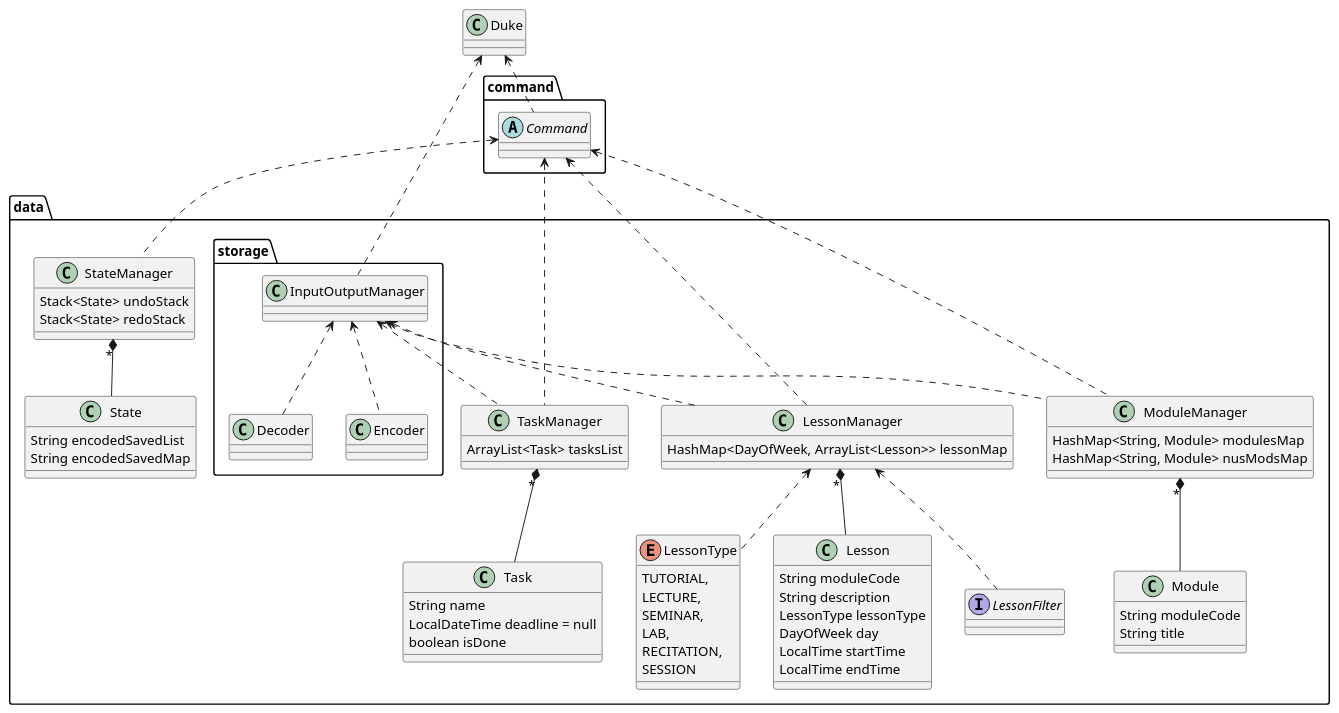
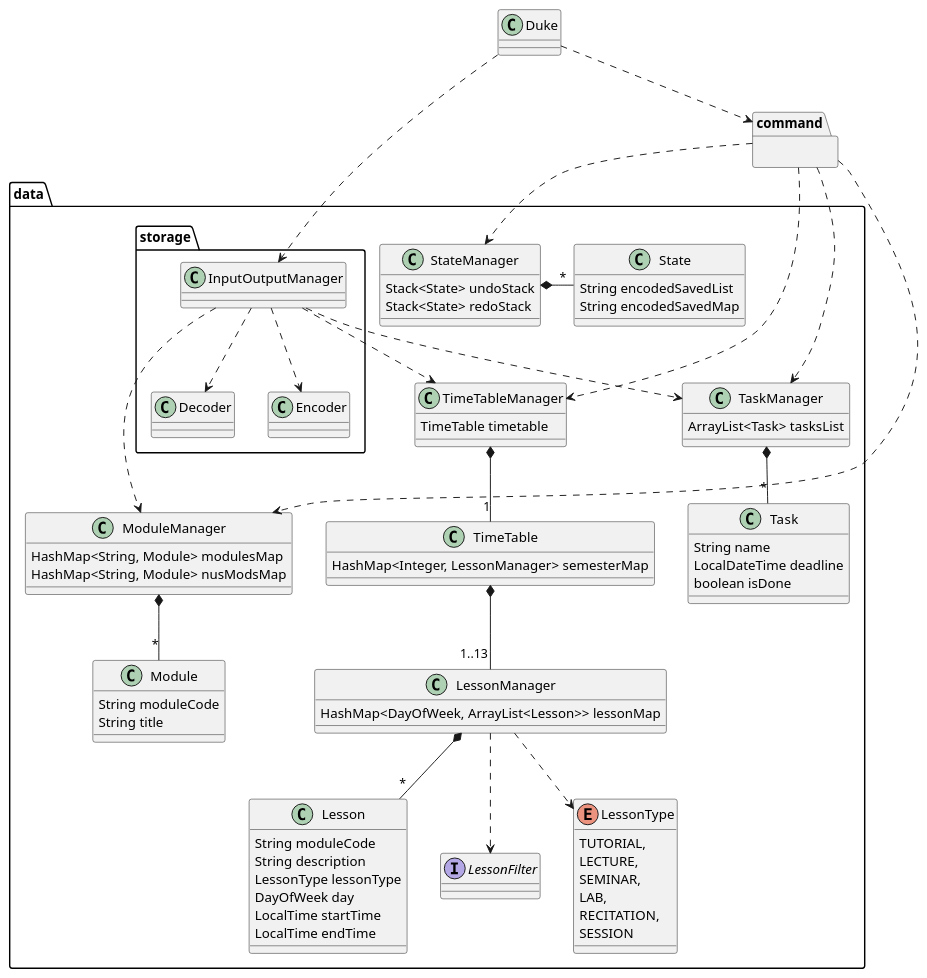
Before and after one commit to wangqinNick/tp: the diagram in docs/diagrams/UML/DataClassDiagram.puml, drawn with PlantUML. The commit also changed 3 other files, not shown here.

Commit message:
Amend DataClassDiagram, add TimeTableClassDiagram

```diff
--- a/docs/diagrams/UML/DataClassDiagram.puml
+++ b/docs/diagrams/UML/DataClassDiagram.puml
@@ -1,81 +1,89 @@
 @startuml
 
     package data {
     package storage {
         class InputOutputManager
         class Decoder
         class Encoder
 
-        InputOutputManager <.. Decoder
-        InputOutputManager <.. Encoder
+        InputOutputManager ..> Decoder
+        InputOutputManager ..> Encoder
     }
 
     class Module {
         String moduleCode
         String title
     }
     class ModuleManager {
         HashMap<String, Module> modulesMap
         HashMap<String, Module> nusModsMap
     }
-    ModuleManager "*" *-- Module
-    InputOutputManager <.. ModuleManager
+    ModuleManager *-- "*"  Module
+    InputOutputManager ...> ModuleManager
+
+    class TimeTable {
+        HashMap<Integer, LessonManager> semesterMap
+    }
+    class TimeTableManager {
+        TimeTable timetable
+    }
+    TimeTableManager *-- "1" TimeTable
+    TimeTable *-- "1..13" LessonManager
 
     class Task {
         String name
-        LocalDateTime deadline = null
+        LocalDateTime deadline
         boolean isDone
     }
     class TaskManager {
         ArrayList<Task> tasksList
     }
-    TaskManager "*" *-- Task
-    InputOutputManager <.. TaskManager
+    TaskManager *-- "*" Task
+    InputOutputManager ..> TaskManager
 
     class State {
         String encodedSavedList
         String encodedSavedMap
     }
     class StateManager {
         Stack<State> undoStack
         Stack<State> redoStack
     }
-    StateManager "*" *-- State
+    StateManager *- "*" State
 
     class Lesson {
         String moduleCode
         String description
         LessonType lessonType
         DayOfWeek day
         LocalTime startTime
         LocalTime endTime
     }
     class LessonManager {
         HashMap<DayOfWeek, ArrayList<Lesson>> lessonMap
     }
     interface LessonFilter
     enum LessonType {
         TUTORIAL,
         LECTURE,
         SEMINAR,
         LAB,
         RECITATION,
         SESSION
     }
-    LessonManager "*" *-- Lesson
-    LessonManager <.. LessonType
-    LessonManager <.. LessonFilter
-    InputOutputManager <.. LessonManager
+    LessonManager *-- "*"  Lesson
+    LessonManager ..> LessonType
+    LessonManager ..> LessonFilter
+    InputOutputManager ..> TimeTableManager
 }
-package command {
-    abstract class Command
+package command{
 }
 class Duke
-Duke <.. Command
-Duke <.. InputOutputManager
-Command <.. LessonManager
-Command <.. TaskManager
-Command <.. ModuleManager
-Command <.. StateManager
+Duke ..> command
+Duke ..> InputOutputManager
+command ..> TimeTableManager
+command ..> TaskManager
+command ..> ModuleManager
+command ..> StateManager
 
 @enduml
```
